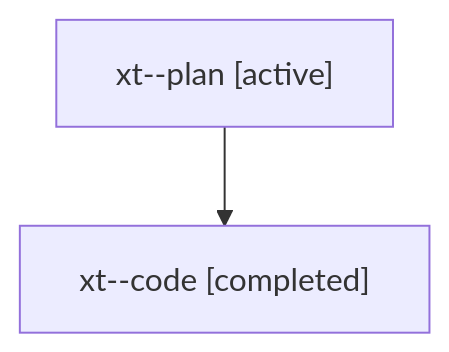
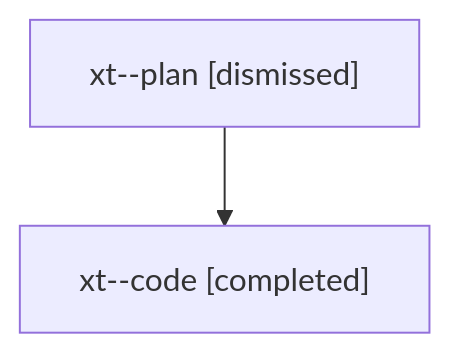
Before and after one commit to sase-org/sase--agents: the diagram in sessions/bbugyi200.athena.xt.md, drawn with Mermaid. The commit also changed other lines of this file and 18 other files, not shown here.

````diff
--- a/sessions/bbugyi200.athena.xt.md
+++ b/sessions/bbugyi200.athena.xt.md
@@ -9,6 +9,6 @@
 ```mermaid
 flowchart TD
-  n0["xt--plan [active]"]
+  n0["xt--plan [dismissed]"]
   n1["xt--code [completed]"]
   n0 --> n1
 ```
````
